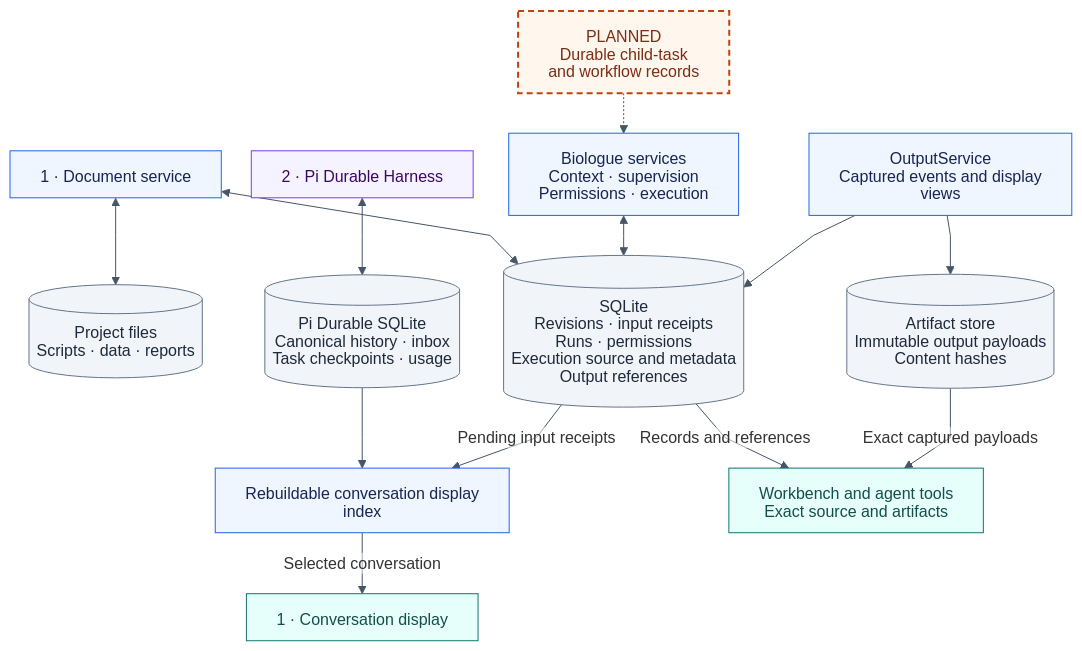
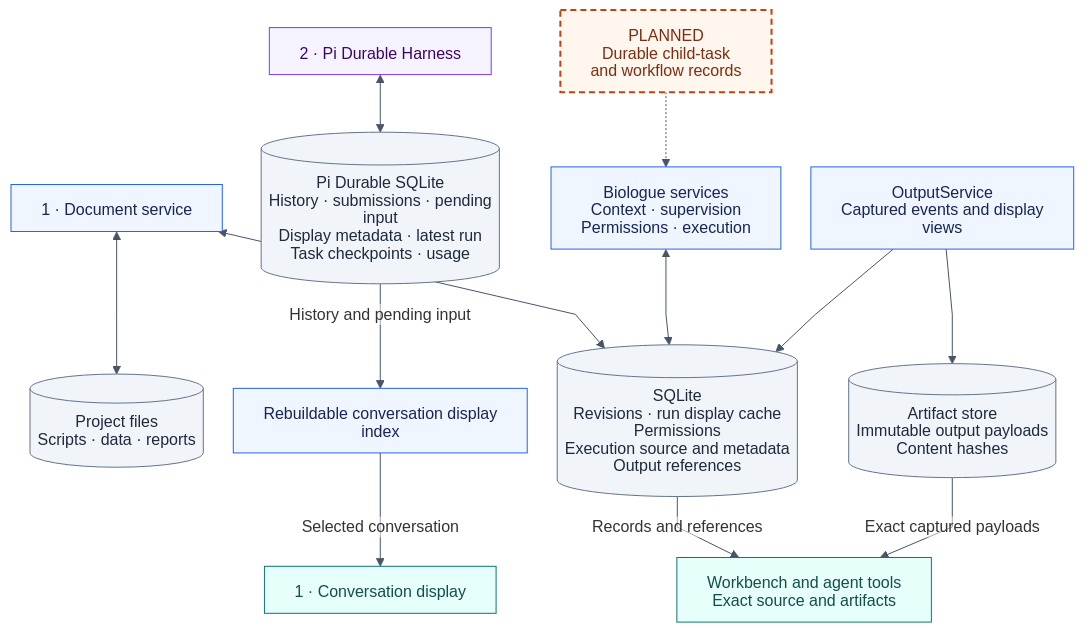
One commit to carl-stone/biologue changed the fifth of 5 diagrams in ARCHITECTURE.md. Above: the diagram before and after it, drawn with Mermaid. The commit also changed other lines of this file and 31 other files, not shown here.

````diff
--- a/ARCHITECTURE.md
+++ b/ARCHITECTURE.md
@@ -280,40 +273,39 @@
 ```mermaid
 %%{init: {"theme":"base","htmlLabels":false,"markdownAutoWrap":false,"themeVariables":{"fontFamily":"Arial, sans-serif","lineColor":"#475569","edgeLabelBackground":"#FFFFFF"},"flowchart":{"htmlLabels":false,"curve":"linear","nodeSpacing":30,"rankSpacing":40,"wrappingWidth":240,"minNodeWidth":200}}}%%
 flowchart TB
     Documents["1 · Document service"]
     Domain["Biologue services<br/>Context · supervision<br/>Permissions · execution"]
     Pi["2 · Pi Durable Harness"]
     Outputs["OutputService<br/>Captured events and display views"]
     Files[("Project files<br/>Scripts · data · reports")]
-    SQLite[("SQLite<br/>Revisions · input receipts<br/>Runs · permissions<br/>Execution source and metadata<br/>Output references")]
-    History[("Pi Durable SQLite<br/>Canonical history · inbox<br/>Task checkpoints · usage")]
+    SQLite[("SQLite<br/>Revisions · run display cache<br/>Permissions<br/>Execution source and metadata<br/>Output references")]
+    History[("Pi Durable SQLite<br/>History · submissions · pending input<br/>Display metadata · latest run<br/>Task checkpoints · usage")]
     Blobs[("Artifact store<br/>Immutable output payloads<br/>Content hashes")]
     Projection["Rebuildable conversation display index"]
     Chat["1 · Conversation display"]
     Readers["Workbench and agent tools<br/>Exact source and artifacts"]
     Tasks["PLANNED<br/>Durable child-task<br/>and workflow records"]
 
     Documents <--> Files
     Documents <--> SQLite
     Domain <--> SQLite
     Pi <--> History
-    History --> Projection
-    SQLite -->|"Pending input receipts"| Projection
+    History -->|"History and pending input"| Projection
     Outputs --> SQLite
     Outputs --> Blobs
     Projection -->|"Selected conversation"| Chat
     SQLite -->|"Records and references"| Readers
     Blobs -->|"Exact captured payloads"| Readers
     Tasks -.-> Domain
 
     classDef workbench fill:#E6FFFB,stroke:#0F766E,color:#134E4A
     classDef app fill:#EFF6FF,stroke:#2563EB,color:#172554
     classDef pi fill:#F5F3FF,stroke:#7C3AED,color:#3B0764
     classDef storage fill:#F1F5F9,stroke:#64748B,color:#1E293B
     classDef planned fill:#FFF7ED,stroke:#C2410C,color:#7C2D12,stroke-width:2px,stroke-dasharray:6 4
     class Documents,Domain,Outputs,Projection app
     class Pi pi
     class Files,SQLite,History,Blobs storage
     class Chat,Readers workbench
     class Tasks planned
 ```
````
